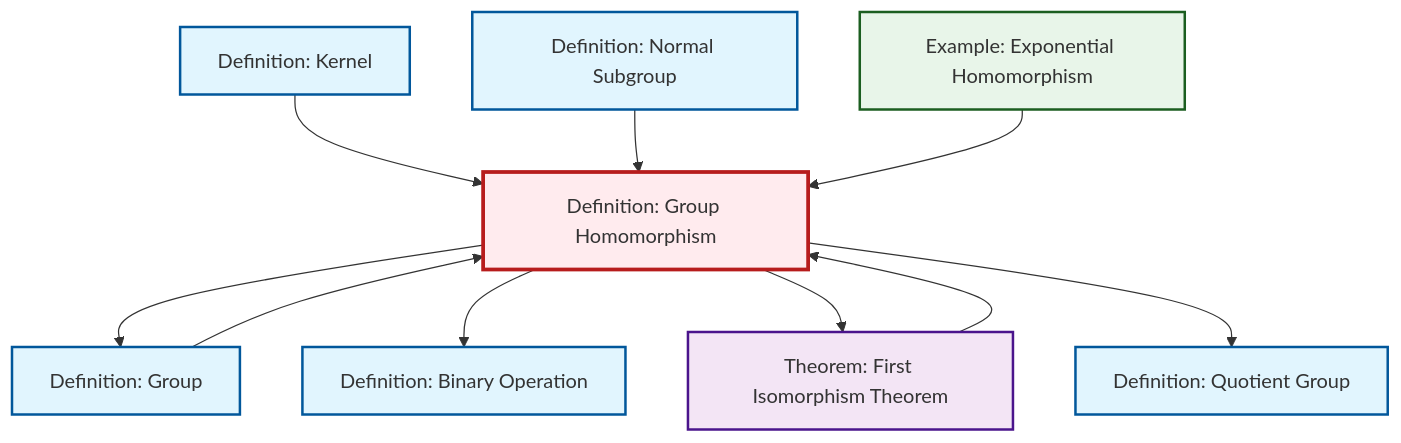
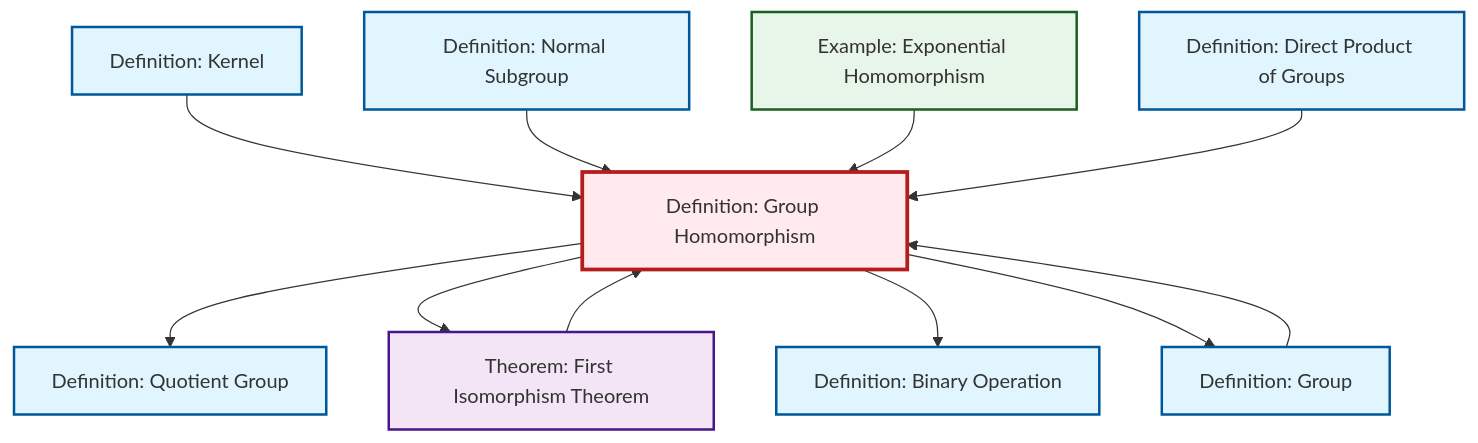
Before and after one commit to RK0429/ModernMath: the diagram in content/ja/algebra/def-homomorphism.qmd, drawn with Mermaid. The commit also changed 360 other files, not shown here.

````diff
--- a/content/ja/algebra/def-homomorphism.qmd
+++ b/content/ja/algebra/def-homomorphism.qmd
@@ -65,34 +65,37 @@
 ```{mermaid}
 %%| fig-cap: "Local dependency graph"
 graph TD
     classDef definition fill:#e1f5fe,stroke:#01579b,stroke-width:2px
     classDef theorem fill:#f3e5f5,stroke:#4a148c,stroke-width:2px
     classDef axiom fill:#fff3e0,stroke:#e65100,stroke-width:2px
     classDef example fill:#e8f5e9,stroke:#1b5e20,stroke-width:2px
     classDef current fill:#ffebee,stroke:#b71c1c,stroke-width:3px
-    def-binary-operation["Definition: Binary Operation"]:::definition
-    def-kernel["Definition: Kernel"]:::definition
-    thm-first-isomorphism["Theorem: First Isomorphism Theorem"]:::theorem
-    def-normal-subgroup["Definition: Normal Subgroup"]:::definition
-    def-group["Definition: Group"]:::definition
-    def-homomorphism["Definition: Group Homomorphism"]:::definition
     ex-exponential-homomorphism["Example: Exponential Homomorphism"]:::example
     def-quotient-group["Definition: Quotient Group"]:::definition
+    def-normal-subgroup["Definition: Normal Subgroup"]:::definition
+    def-homomorphism["Definition: Group Homomorphism"]:::definition
+    thm-first-isomorphism["Theorem: First Isomorphism Theorem"]:::theorem
+    def-kernel["Definition: Kernel"]:::definition
+    def-direct-product["Definition: Direct Product of Groups"]:::definition
+    def-group["Definition: Group"]:::definition
+    def-binary-operation["Definition: Binary Operation"]:::definition
+    def-homomorphism --> def-quotient-group
+    def-group --> def-homomorphism
+    def-homomorphism --> thm-first-isomorphism
+    thm-first-isomorphism --> def-homomorphism
     def-kernel --> def-homomorphism
+    def-normal-subgroup --> def-homomorphism
+    ex-exponential-homomorphism --> def-homomorphism
+    def-homomorphism --> def-binary-operation
     def-homomorphism --> def-group
-    def-homomorphism --> def-binary-operation
-    thm-first-isomorphism --> def-homomorphism
-    def-homomorphism --> thm-first-isomorphism
-    def-normal-subgroup --> def-homomorphism
-    def-group --> def-homomorphism
-    def-homomorphism --> def-quotient-group
-    ex-exponential-homomorphism --> def-homomorphism
+    def-direct-product --> def-homomorphism
     class def-homomorphism current
-    click def-binary-operation "def-binary-operation.html" "Definition: Binary Operationへ"
-    click def-kernel "def-kernel.html" "Definition: Kernelへ"
-    click thm-first-isomorphism "thm-first-isomorphism.html" "Theorem: First Isomorphism Theoremへ"
-    click def-normal-subgroup "def-normal-subgroup.html" "Definition: Normal Subgroupへ"
-    click def-group "def-group.html" "Definition: Groupへ"
     click ex-exponential-homomorphism "ex-exponential-homomorphism.html" "Example: Exponential Homomorphismへ"
     click def-quotient-group "def-quotient-group.html" "Definition: Quotient Groupへ"
+    click def-normal-subgroup "def-normal-subgroup.html" "Definition: Normal Subgroupへ"
+    click thm-first-isomorphism "thm-first-isomorphism.html" "Theorem: First Isomorphism Theoremへ"
+    click def-kernel "def-kernel.html" "Definition: Kernelへ"
+    click def-direct-product "def-direct-product.html" "Definition: Direct Product of Groupsへ"
+    click def-group "def-group.html" "Definition: Groupへ"
+    click def-binary-operation "def-binary-operation.html" "Definition: Binary Operationへ"
 ```
````
